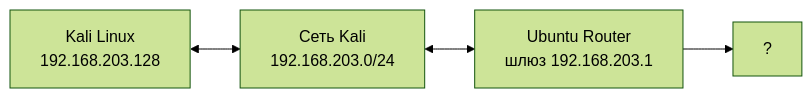
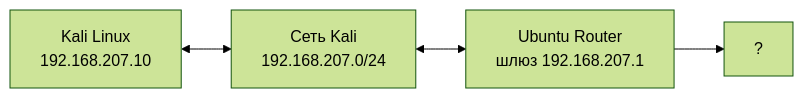
The first of 2 diagrams in Инвентаризация.md (r0thik/stand), drawn with Mermaid (forest theme) before and after one commit. The commit also changed other lines of this file, not shown here.

````diff
--- a/Инвентаризация.md
+++ b/Инвентаризация.md
@@ -24,6 +23,6 @@
 ```mermaid
 flowchart LR
-    Kali[Kali Linux<br>192.168.203.128] <--> KaliNet[Сеть Kali<br>192.168.203.0/24]
-    KaliNet <--> Router[Ubuntu Router<br>шлюз 192.168.203.1]
+    Kali[Kali Linux<br>192.168.207.10] <--> KaliNet[Сеть Kali<br>192.168.207.0/24]
+    KaliNet <--> Router[Ubuntu Router<br>шлюз 192.168.207.1]
     Router --> Unknown[?]
 ```
````
